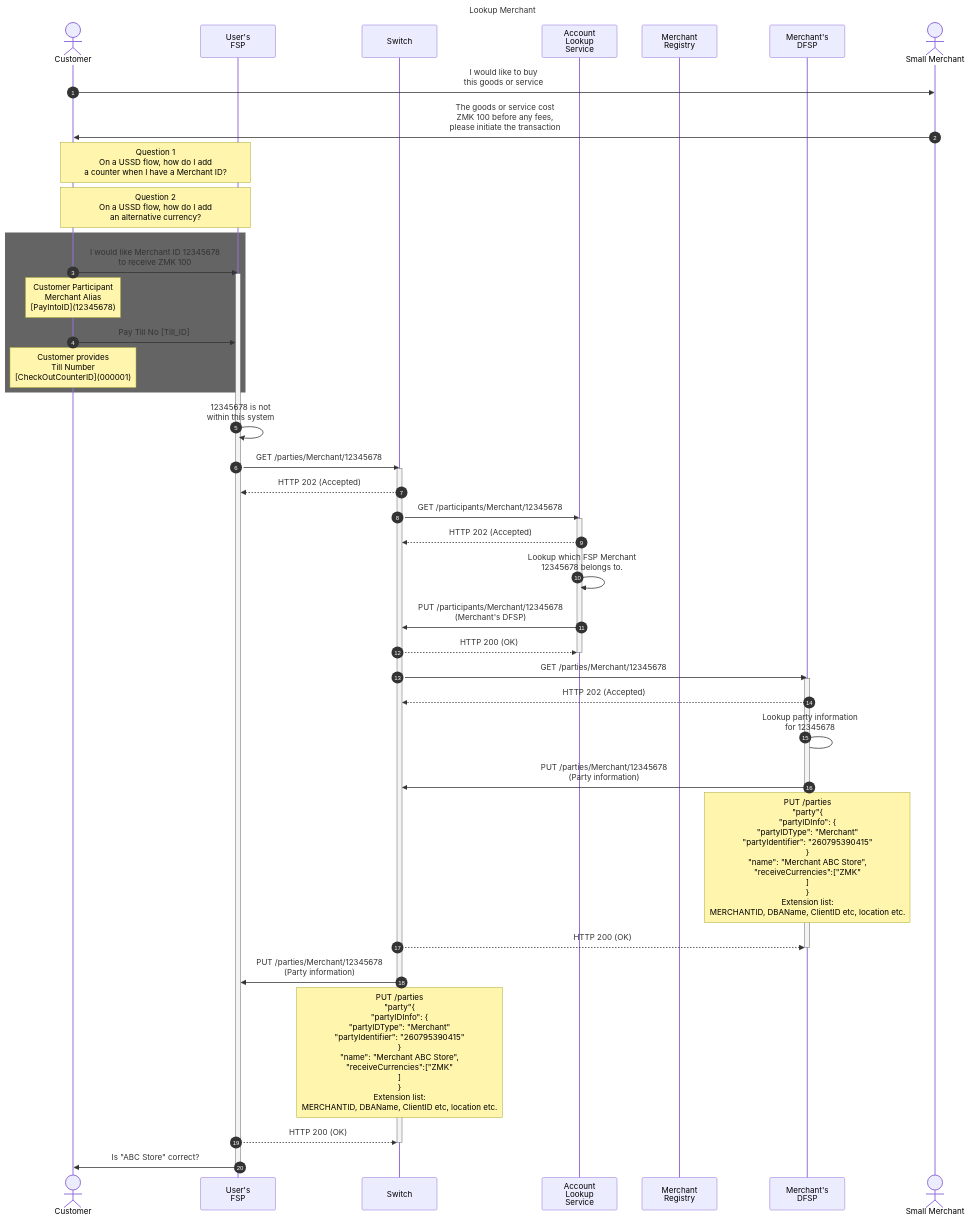
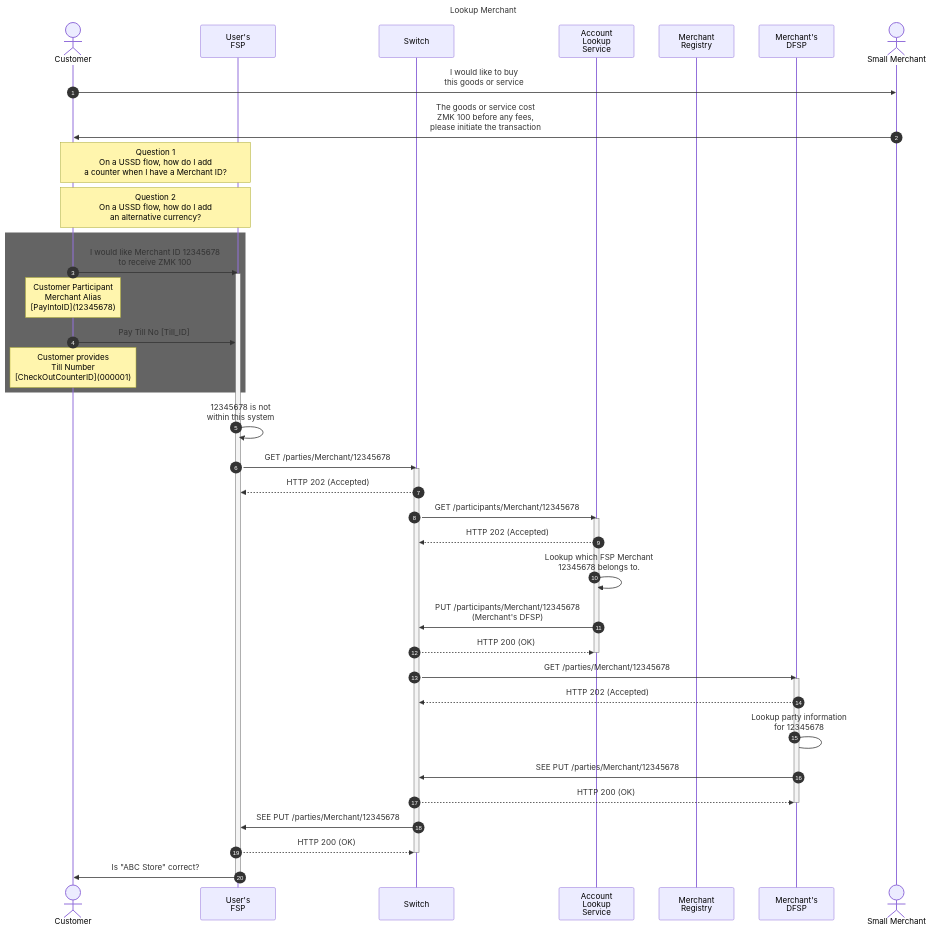
Before and after one commit to mojaloop/merchant-payment-docs: the first of 3 diagrams in end_to_end_merchant_payment_flow.md, drawn with Mermaid. The commit also changed other lines of this file, not shown here.

Commit message:
flow_updated

````diff
--- a/end_to_end_merchant_payment_flow.md
+++ b/end_to_end_merchant_payment_flow.md
@@ -45,56 +45,54 @@
 ```mermaid
 sequenceDiagram
 
 Title: Lookup Merchant
 autonumber
 
 # declare actors
 actor cust as Customer
 participant PayerFSP as User's<br/>FSP
 participant Switch as Switch
 participant ALS as Account<br/>Lookup<br/>Service
 participant oracle as Merchant<br/>Registry
 participant PayeeFSP as Merchant's<br/>DFSP
 actor merc as Small Merchant
 
 # start flow
 cust->>merc: I would like to buy<br/>this goods or service
 merc ->> cust: The goods or service cost<br/>ZMK 100 before any fees,<br/>please initiate the transaction
 note over cust,PayerFSP: Question 1<br/>On a USSD flow, how do I add<br/>a counter when I have a Merchant ID?
 note over cust,PayerFSP: Question 2<br/>On a USSD flow, how do I add<br/>an alternative currency?
 rect rgb(100, 100, 100)
     cust ->> PayerFSP: I would like Merchant ID 12345678 <br/>to receive ZMK 100
     activate PayerFSP
     note over cust:Customer Participant<br/>Merchant Alias<br/>[PayIntoID](12345678)
     cust ->> PayerFSP : Pay Till No [Till_ID]
     note over cust:Customer provides<br/>Till Number<br/>[CheckOutCounterID](000001)
 end
 
 PayerFSP ->> PayerFSP: 12345678 is not<br/>within this system
 PayerFSP ->> Switch: GET /parties/Merchant/12345678
 activate Switch
 Switch -->> PayerFSP: HTTP 202 (Accepted)
 Switch ->> ALS: GET /participants/Merchant/12345678
 activate ALS
 ALS -->> Switch: HTTP 202 (Accepted)
 ALS ->> ALS: Lookup which FSP Merchant<br/>12345678 belongs to.
 ALS ->> Switch: PUT /participants/Merchant/12345678<br/>(Merchant's DFSP)
 Switch -->> ALS: HTTP 200 (OK)
 deactivate ALS
 Switch ->> PayeeFSP: GET /parties/Merchant/12345678
 activate PayeeFSP
 PayeeFSP -->> Switch: HTTP 202 (Accepted)
 PayeeFSP -> PayeeFSP: Lookup party information<br/>for 12345678
-PayeeFSP ->> Switch: PUT /parties/Merchant/12345678<br/>(Party information)
-    note over PayeeFSP: PUT /parties<br/>"party"{<br/>"partyIDInfo": {<br/>"partyIDType": "Merchant"<br/>"partyIdentifier": "260795390415"<br/>}<br/>"name": "Merchant ABC Store",<br/>"receiveCurrencies":["ZMK"<br/>]<br/>}<br/>Extension list:<br/>MERCHANTID, DBAName, ClientID etc, location etc.
+PayeeFSP ->> Switch: SEE PUT /parties/Merchant/12345678
 Switch -->> PayeeFSP: HTTP 200 (OK)
 deactivate PayeeFSP
-Switch ->> PayerFSP: PUT /parties/Merchant/12345678<br/>(Party information)
-    note over Switch: PUT /parties<br/>"party"{<br/>"partyIDInfo": {<br/>"partyIDType": "Merchant"<br/>"partyIdentifier": "260795390415"<br/>}<br/>"name": "Merchant ABC Store",<br/>"receiveCurrencies":["ZMK"<br/>]<br/>}<br/>Extension list:<br/>MERCHANTID, DBAName, ClientID etc, location etc.
+Switch ->> PayerFSP: SEE PUT /parties/Merchant/12345678
 PayerFSP -->> Switch: HTTP 200 (OK)
 deactivate Switch
 PayerFSP ->> cust: Is "ABC Store" correct?
 deactivate PayerFSP
 
 
 ```
````
